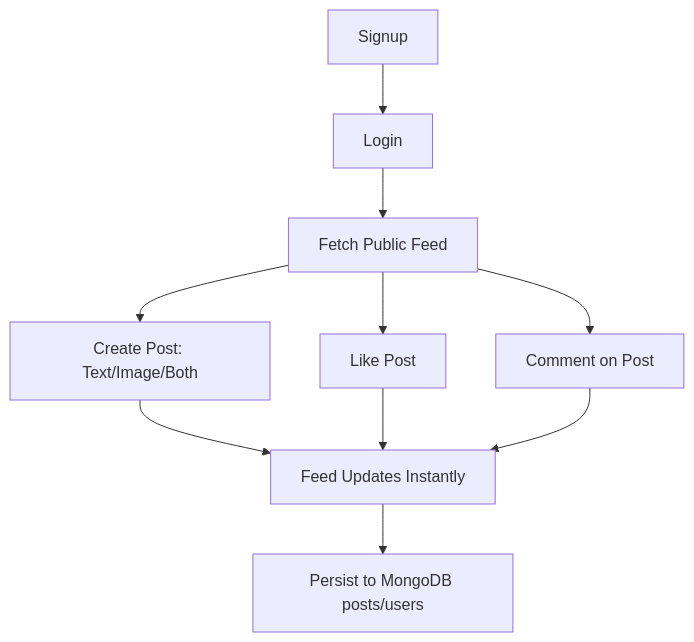
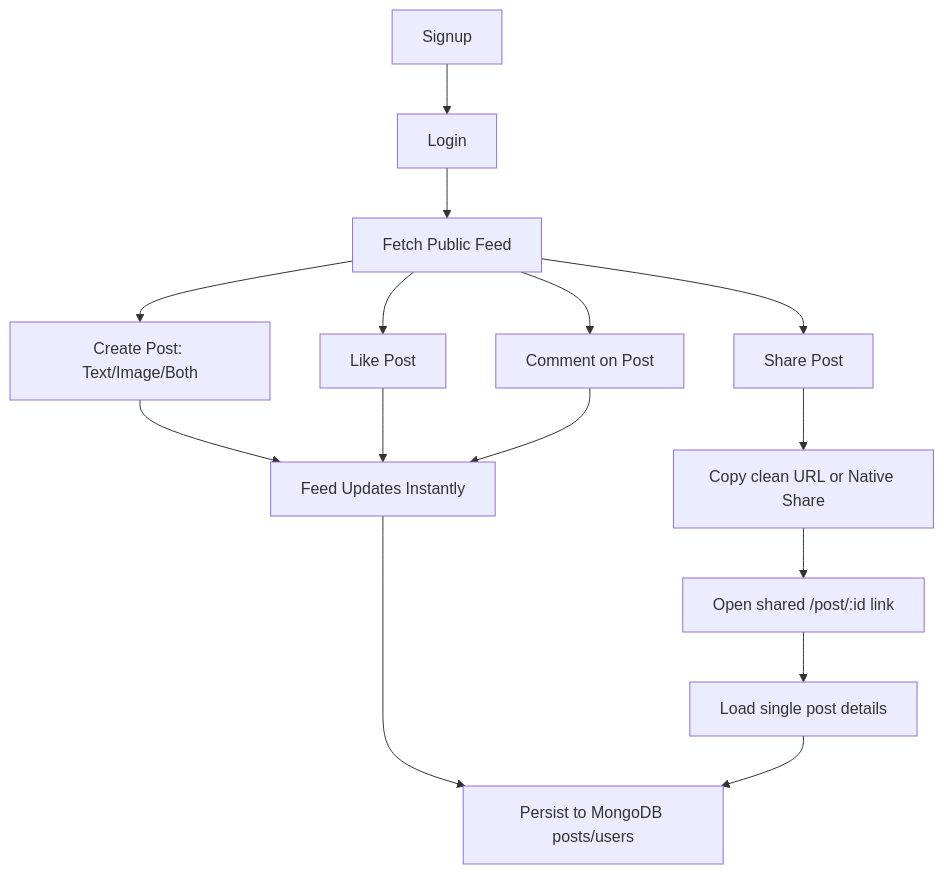
One commit to Arbab-ofc/Mini-Social-Post-Application changed the second of 2 diagrams in README.md. Above: the diagram before and after it, drawn with Mermaid. The commit also changed other lines of this file, not shown here.

Commit message:
docs: update README system map and app flow for sharing

````diff
--- a/README.md
+++ b/README.md
@@ -117,12 +119,17 @@
 ```mermaid
 flowchart TD
   A[Signup] --> B[Login]
   B --> C[Fetch Public Feed]
   C --> D[Create Post: Text/Image/Both]
   D --> E[Feed Updates Instantly]
   C --> F[Like Post]
   C --> G[Comment on Post]
+  C --> I[Share Post]
+  I --> J[Copy clean URL or Native Share]
+  J --> K[Open shared /post/:id link]
   F --> E
   G --> E
+  K --> L[Load single post details]
   E --> H[Persist to MongoDB posts/users]
+  L --> H
 ```
````
